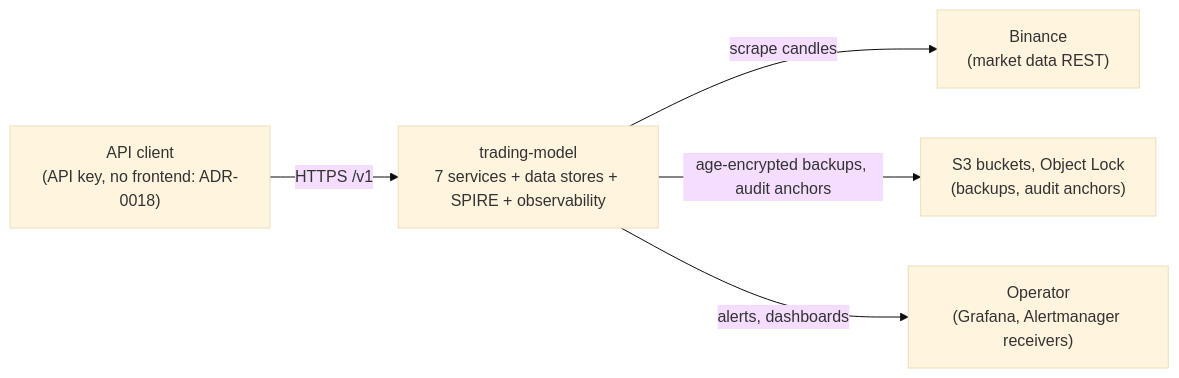
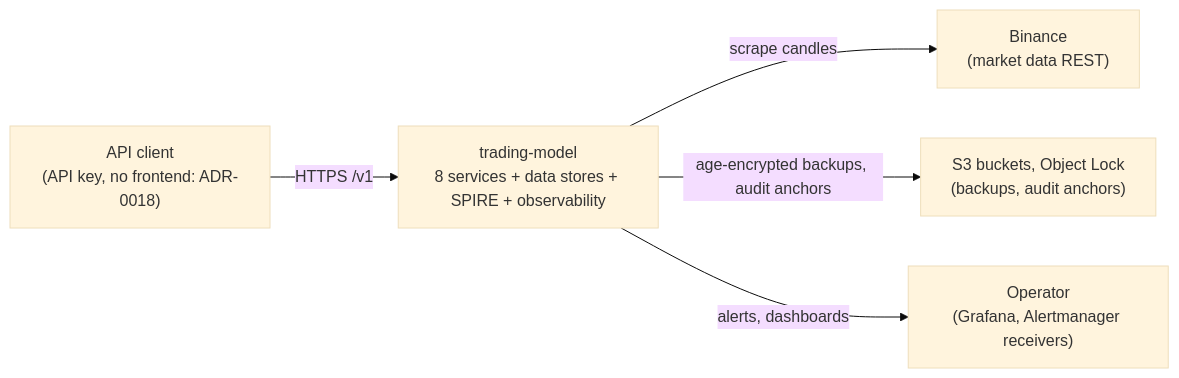
One commit to docteur-turboss/trading-model changed the first of 4 diagrams in docs/architecture/system-overview.md. Above: the diagram before and after it, drawn with Mermaid (base theme). The commit also changed other lines of this file and 67 other files, not shown here.

````diff
--- a/docs/architecture/system-overview.md
+++ b/docs/architecture/system-overview.md
@@ -9,12 +9,12 @@
 ```mermaid
 flowchart LR
   client["API client<br/>(API key, no frontend: ADR-0018)"]
   binance["Binance<br/>(market data REST)"]
   s3["S3 buckets, Object Lock<br/>(backups, audit anchors)"]
   ops["Operator<br/>(Grafana, Alertmanager receivers)"]
-  system["trading-model<br/>7 services + data stores + SPIRE + observability"]
+  system["trading-model<br/>8 services + data stores + SPIRE + observability"]
   client -->|HTTPS /v1| system
   system -->|scrape candles| binance
   system -->|age-encrypted backups, audit anchors| s3
   system -->|alerts, dashboards| ops
 ```
````
